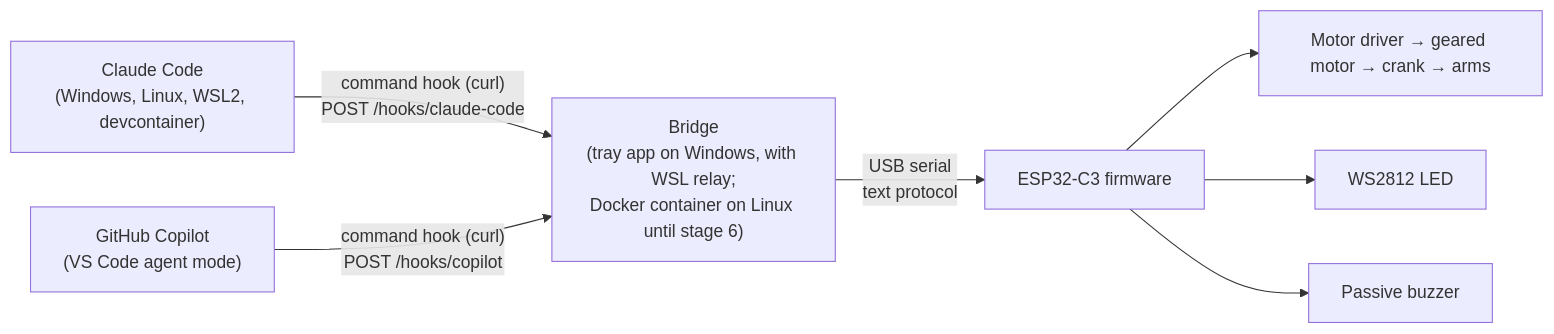
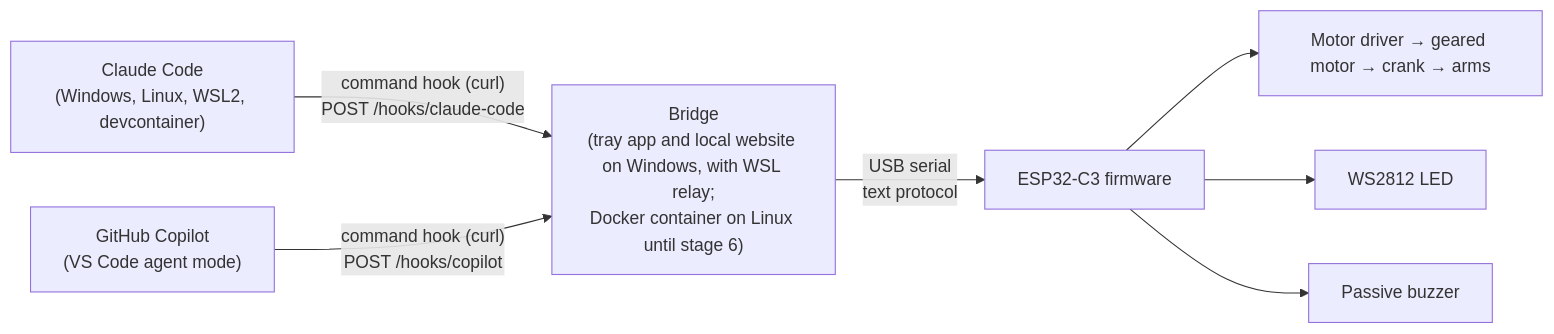
The diagram in spec/architecture.md (gravity981/agent-cody), drawn with Mermaid before and after one commit. The commit also changed other lines of this file and 5 other files, not shown here.

````diff
--- a/spec/architecture.md
+++ b/spec/architecture.md
@@ -9,9 +9,9 @@
 ```mermaid
 flowchart LR
     CC["Claude Code<br/>(Windows, Linux, WSL2, devcontainer)"] -->|"command hook (curl)<br/>POST /hooks/claude-code"| BR
     CP["GitHub Copilot<br/>(VS Code agent mode)"] -->|"command hook (curl)<br/>POST /hooks/copilot"| BR
-    BR["Bridge<br/>(tray app on Windows, with WSL relay;<br/>Docker container on Linux until stage 6)"] -->|"USB serial<br/>text protocol"| FW
+    BR["Bridge<br/>(tray app and local website on Windows, with WSL relay;<br/>Docker container on Linux until stage 6)"] -->|"USB serial<br/>text protocol"| FW
     FW["ESP32-C3 firmware"] --> MD["Motor driver → geared motor → crank → arms"]
     FW --> LED["WS2812 LED"]
     FW --> BZ["Passive buzzer"]
 ```
````
